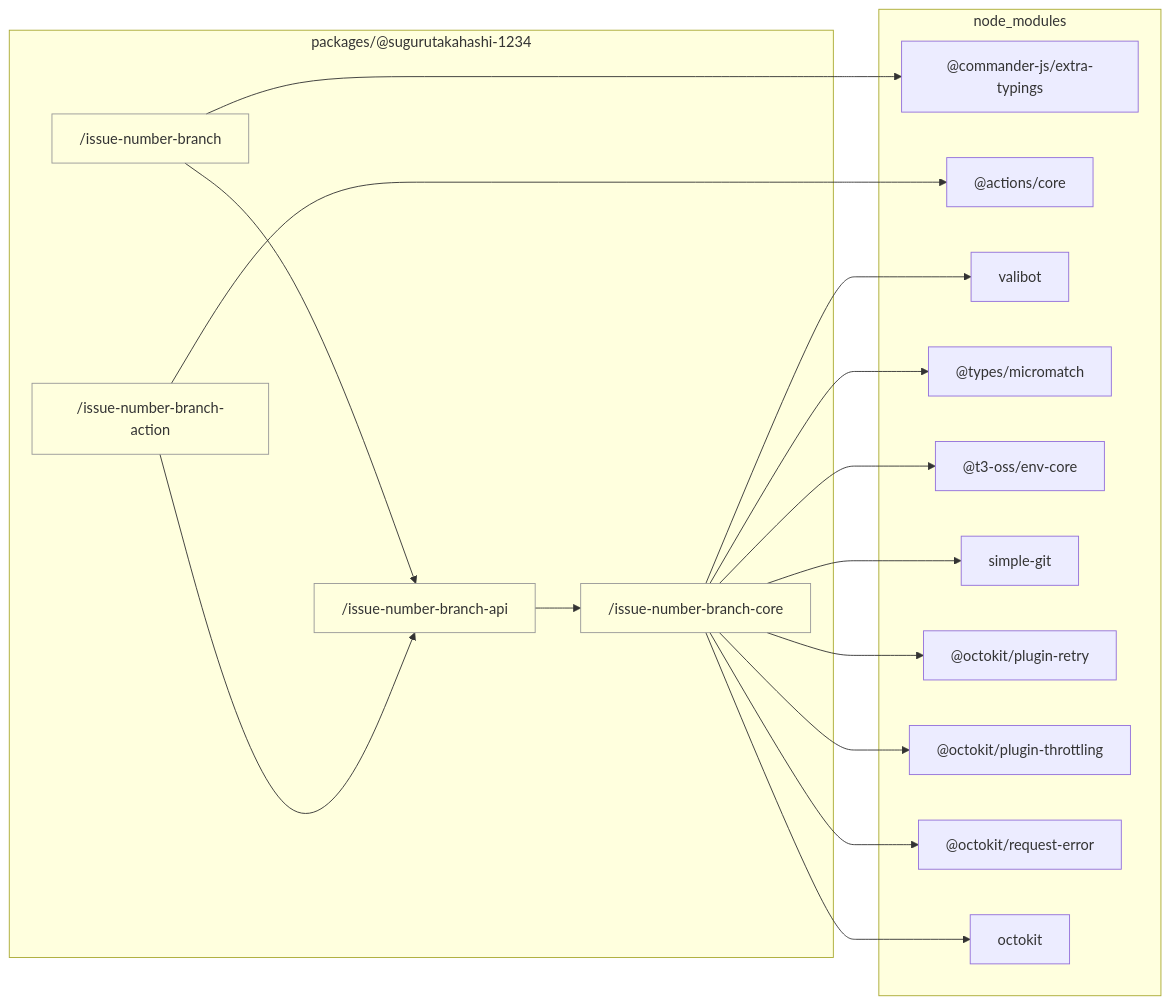
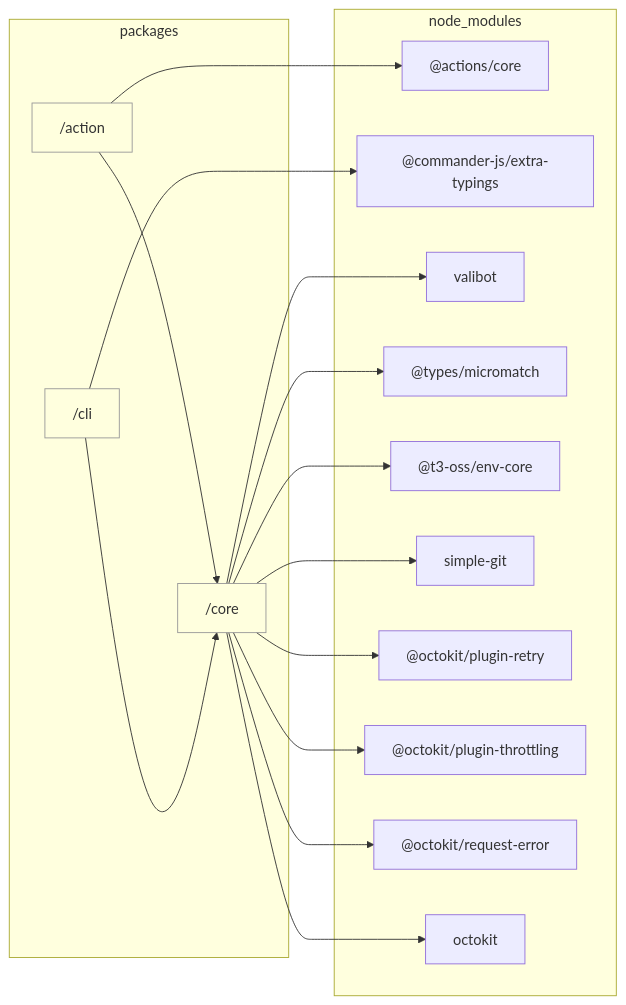
The diagram in docs/reports/dependencies/overview.md (sugurutakahashi-1234/issue-linker), drawn with Mermaid before and after one commit. The commit also changed other lines of this file and 60 other files, not shown here.

````diff
--- a/docs/reports/dependencies/overview.md
+++ b/docs/reports/dependencies/overview.md
@@ -7,35 +7,33 @@
 ```mermaid
 flowchart LR
     classDef dir fill:#0000,stroke:#999
-    subgraph packages///sugurutakahashi//1234["packages/@sugurutakahashi-1234"]
-        packages///sugurutakahashi//1234/issue//number//branch//core["/issue-number-branch-core"]:::dir
-        packages///sugurutakahashi//1234/issue//number//branch//api["/issue-number-branch-api"]:::dir
-        packages///sugurutakahashi//1234/issue//number//branch["/issue-number-branch"]:::dir
-        packages///sugurutakahashi//1234/issue//number//branch//action["/issue-number-branch-action"]:::dir
+    subgraph packages["packages"]
+        packages/core["/core"]:::dir
+        packages/action["/action"]:::dir
+        packages/cli["/cli"]:::dir
     end
     subgraph node//modules["node_modules"]
+        node//modules///actions/core/lib/core.d.ts["@actions/core"]
         node//modules///commander//js/extra//typings/index.d.ts["@commander-js/extra-typings"]
-        node//modules///actions/core/lib/core.d.ts["@actions/core"]
         node//modules/valibot/dist/index.d.cts["valibot"]
         node//modules///types/micromatch/index.d.ts["@types/micromatch"]
         node//modules///t3//oss/env//core/dist/index.d.ts["@t3-oss/env-core"]
         node//modules/simple//git/dist/typings/index.d.ts["simple-git"]
         node//modules///octokit/plugin//retry/dist//types/index.d.ts["@octokit/plugin-retry"]
         node//modules///octokit/plugin//throttling/dist//types/index.d.ts["@octokit/plugin-throttling"]
         node//modules///octokit/request//error/dist//types/index.d.ts["@octokit/request-error"]
         node//modules/octokit/dist//types/index.d.ts["octokit"]
     end
-    packages///sugurutakahashi//1234/issue//number//branch//api-->packages///sugurutakahashi//1234/issue//number//branch//core
-    packages///sugurutakahashi//1234/issue//number//branch-->node//modules///commander//js/extra//typings/index.d.ts
-    packages///sugurutakahashi//1234/issue//number//branch-->packages///sugurutakahashi//1234/issue//number//branch//api
-    packages///sugurutakahashi//1234/issue//number//branch//action-->node//modules///actions/core/lib/core.d.ts
-    packages///sugurutakahashi//1234/issue//number//branch//action-->packages///sugurutakahashi//1234/issue//number//branch//api
-    packages///sugurutakahashi//1234/issue//number//branch//core-->node//modules/valibot/dist/index.d.cts
-    packages///sugurutakahashi//1234/issue//number//branch//core-->node//modules///types/micromatch/index.d.ts
-    packages///sugurutakahashi//1234/issue//number//branch//core-->node//modules///t3//oss/env//core/dist/index.d.ts
-    packages///sugurutakahashi//1234/issue//number//branch//core-->node//modules/simple//git/dist/typings/index.d.ts
-    packages///sugurutakahashi//1234/issue//number//branch//core-->node//modules///octokit/plugin//retry/dist//types/index.d.ts
-    packages///sugurutakahashi//1234/issue//number//branch//core-->node//modules///octokit/plugin//throttling/dist//types/index.d.ts
-    packages///sugurutakahashi//1234/issue//number//branch//core-->node//modules///octokit/request//error/dist//types/index.d.ts
-    packages///sugurutakahashi//1234/issue//number//branch//core-->node//modules/octokit/dist//types/index.d.ts
+    packages/action-->node//modules///actions/core/lib/core.d.ts
+    packages/action-->packages/core
+    packages/cli-->node//modules///commander//js/extra//typings/index.d.ts
+    packages/cli-->packages/core
+    packages/core-->node//modules/valibot/dist/index.d.cts
+    packages/core-->node//modules///types/micromatch/index.d.ts
+    packages/core-->node//modules///t3//oss/env//core/dist/index.d.ts
+    packages/core-->node//modules/simple//git/dist/typings/index.d.ts
+    packages/core-->node//modules///octokit/plugin//retry/dist//types/index.d.ts
+    packages/core-->node//modules///octokit/plugin//throttling/dist//types/index.d.ts
+    packages/core-->node//modules///octokit/request//error/dist//types/index.d.ts
+    packages/core-->node//modules/octokit/dist//types/index.d.ts
 ```
````
